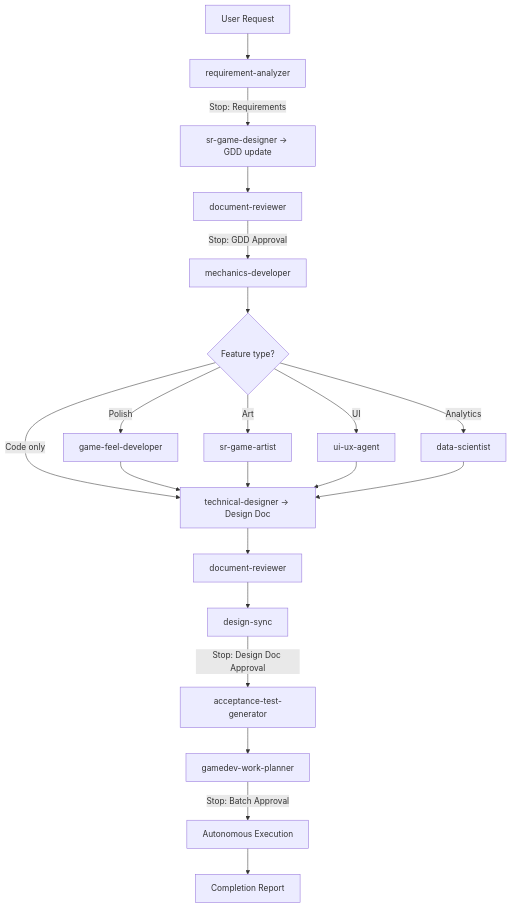
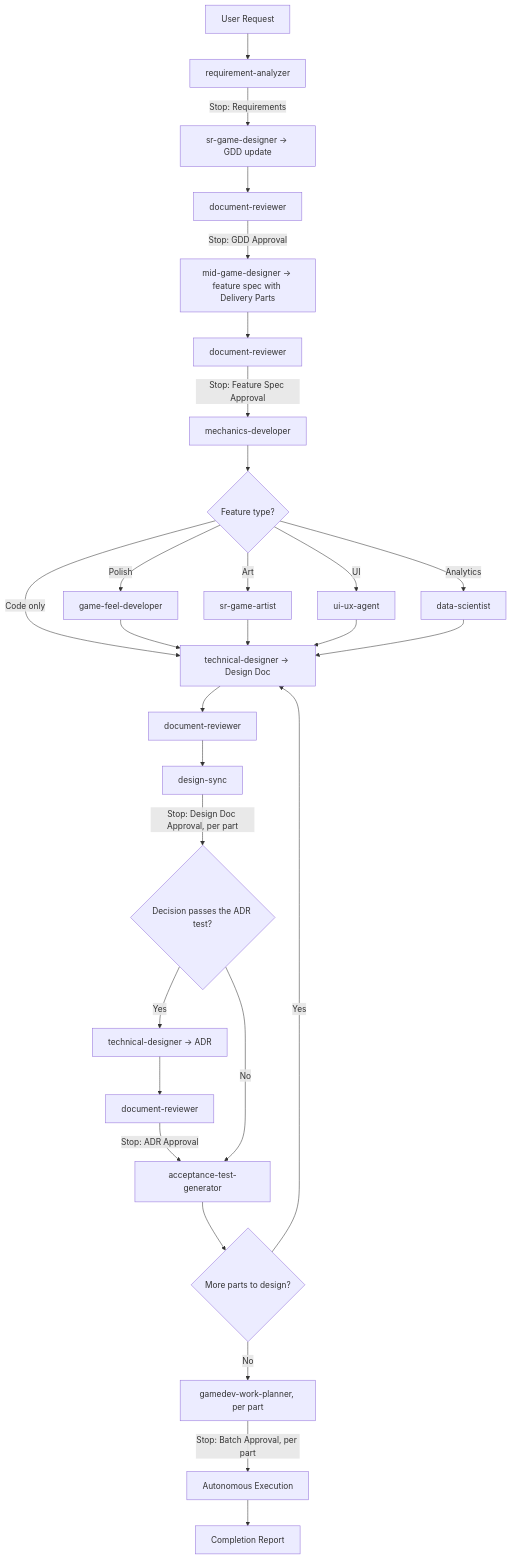
The fourth of 10 diagrams in docs/overture/gamedev-workflows.md (tundraray/overture), drawn with Mermaid before and after one commit. The commit also changed other lines of this file and 174 other files, not shown here.

````diff
--- a/docs/overture/gamedev-workflows.md
+++ b/docs/overture/gamedev-workflows.md
@@ -133,23 +137,31 @@
 ```mermaid
 graph TB
     A[User Request] --> B[requirement-analyzer]
     B --> |"Stop: Requirements"| SGD[sr-game-designer → GDD update]
     SGD --> DR1[document-reviewer]
-    DR1 --> |"Stop: GDD Approval"| MD[mechanics-developer]
+    DR1 --> |"Stop: GDD Approval"| MGD[mid-game-designer → feature spec with Delivery Parts]
+    MGD --> DRF[document-reviewer]
+    DRF --> |"Stop: Feature Spec Approval"| MD[mechanics-developer]
     MD --> COND{Feature type?}
     COND --> |Polish| GFD[game-feel-developer]
     COND --> |Art| ART[sr-game-artist]
     COND --> |UI| UI[ui-ux-agent]
     COND --> |Analytics| DS[data-scientist]
     COND --> |Code only| TD
     GFD --> TD[technical-designer → Design Doc]
     ART --> TD
     UI --> TD
     DS --> TD
     TD --> DR2[document-reviewer]
     DR2 --> SYNC[design-sync]
-    SYNC --> |"Stop: Design Doc Approval"| ATG[acceptance-test-generator]
-    ATG --> WP[gamedev-work-planner]
-    WP --> |"Stop: Batch Approval"| AUTO[Autonomous Execution]
+    SYNC --> |"Stop: Design Doc Approval, per part"| ADR{Decision passes the ADR test?}
+    ADR --> |Yes| TDA[technical-designer → ADR]
+    TDA --> DRA[document-reviewer]
+    DRA --> |"Stop: ADR Approval"| ATG[acceptance-test-generator]
+    ADR --> |No| ATG
+    ATG --> MORE{More parts to design?}
+    MORE --> |Yes| TD
+    MORE --> |No| WP[gamedev-work-planner, per part]
+    WP --> |"Stop: Batch Approval, per part"| AUTO[Autonomous Execution]
     AUTO --> DONE[Completion Report]
 ```
````
